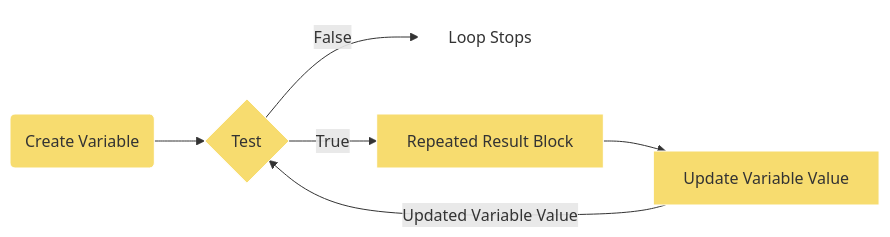
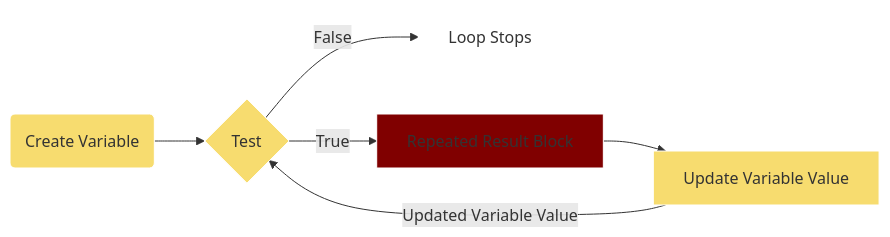
One commit to lsu-ddem/pathways-site changed the first of 2 diagrams in content/1_IntroToCoding/2_MakingThings_Happen/3_Lesson_3/index.md. Above: the diagram before and after it, drawn with Mermaid.

Commit message:
Update Do it again “index”

```diff
--- a/content/1_IntroToCoding/2_MakingThings_Happen/3_Lesson_3/index.md
+++ b/content/1_IntroToCoding/2_MakingThings_Happen/3_Lesson_3/index.md
@@ -23,13 +23,13 @@
 {{<mermaid align="center">}}
 graph LR 
 H(Create Variable)-->A
  A-->|False| E[Loop Stops]
 A{Test} -->|True| B[Repeated Result Block]
 B-->C[Update Variable Value]
 C-->|Updated Variable Value|A
 style A fill:  #f7dc6f , stroke:#FFFFFF;
-style B fill:  #f7dc6f ,stroke:#FFFFFF;
+style B fill:  #800000 ,stroke:#FFFFFF;
 style C fill:  #f7dc6f ,stroke:#FFFFFF;
 style E fill: #FFFFFF, stroke:#FFFFFF;
 style H fill:  #f7dc6f ,stroke:#FFFFFF;
 {{< /mermaid >}}
```
